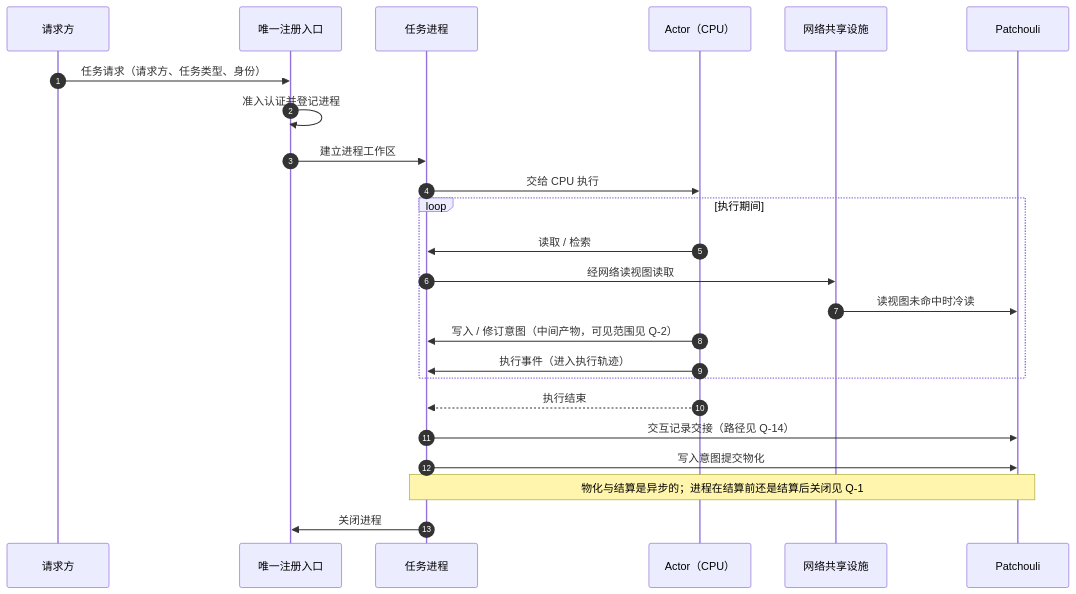
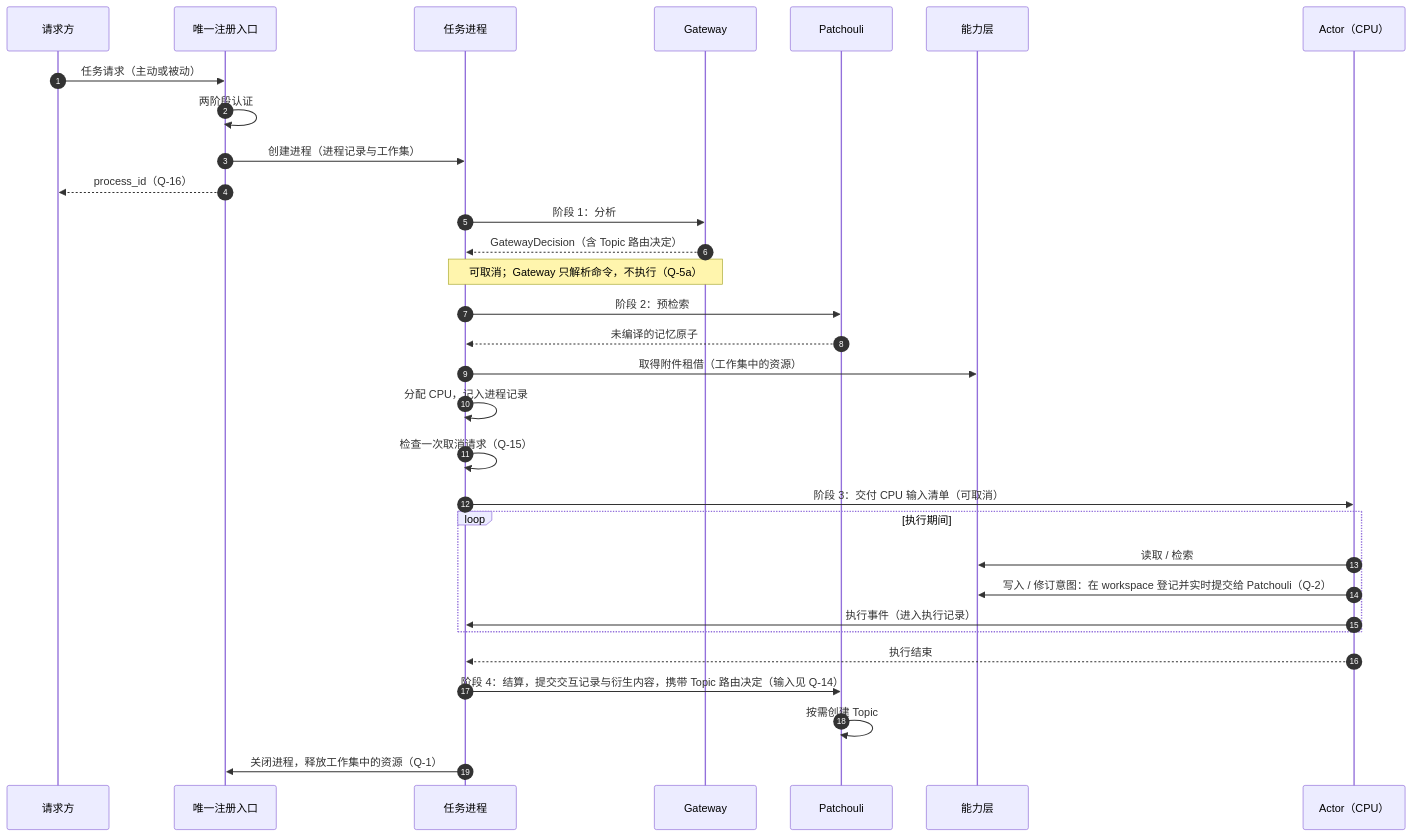
Before and after one commit to artemis03976/HiveMemory: the third of 5 diagrams in docs/ideas/task-process-table-and-registration-entry.md, drawn with Mermaid. The commit also changed other lines of this file and 179 other files, not shown here.

````diff
--- a/docs/ideas/task-process-table-and-registration-entry.md
+++ b/docs/ideas/task-process-table-and-registration-entry.md
@@ -100,26 +249,33 @@
 ```mermaid
 sequenceDiagram
     autonumber
     participant R as 请求方
     participant E as 唯一注册入口
     participant P as 任务进程
+    participant G as Gateway
+    participant L as Patchouli
+    participant S as 能力层
     participant C as Actor（CPU）
-    participant S as 网络共享设施
-    participant L as Patchouli
-    R->>E: 任务请求（请求方、任务类型、身份）
-    E->>E: 准入认证并登记进程
-    E->>P: 建立进程工作区
-    P->>C: 交给 CPU 执行
+    R->>E: 任务请求（主动或被动）
+    E->>E: 两阶段认证
+    E->>P: 创建进程（进程记录与工作集）
+    E-->>R: process_id（Q-16）
+    P->>G: 阶段 1：分析
+    G-->>P: GatewayDecision（含 Topic 路由决定）
+    Note over P,G: 可取消；Gateway 只解析命令，不执行（Q-5a）
+    P->>L: 阶段 2：预检索
+    L-->>P: 未编译的记忆原子
+    P->>S: 取得附件租借（工作集中的资源）
+    P->>P: 分配 CPU，记入进程记录
+    P->>P: 检查一次取消请求（Q-15）
+    P->>C: 阶段 3：交付 CPU 输入清单（可取消）
     loop 执行期间
-        C->>P: 读取 / 检索
-        P->>S: 经网络读视图读取
-        S->>L: 读视图未命中时冷读
-        C->>P: 写入 / 修订意图（中间产物，可见范围见 Q-2）
-        C->>P: 执行事件（进入执行轨迹）
+        C->>S: 读取 / 检索
+        C->>S: 写入 / 修订意图：在 workspace 登记并实时提交给 Patchouli（Q-2）
+        C->>P: 执行事件（进入执行记录）
     end
     C-->>P: 执行结束
-    P->>L: 交互记录交接（路径见 Q-14）
-    P->>L: 写入意图提交物化
-    Note over P,L: 物化与结算是异步的；进程在结算前还是结算后关闭见 Q-1
-    P->>E: 关闭进程
+    P->>L: 阶段 4：结算，提交交互记录与衍生内容，携带 Topic 路由决定（输入见 Q-14）
+    L->>L: 按需创建 Topic
+    P->>E: 关闭进程，释放工作集中的资源（Q-1）
 ```
````
